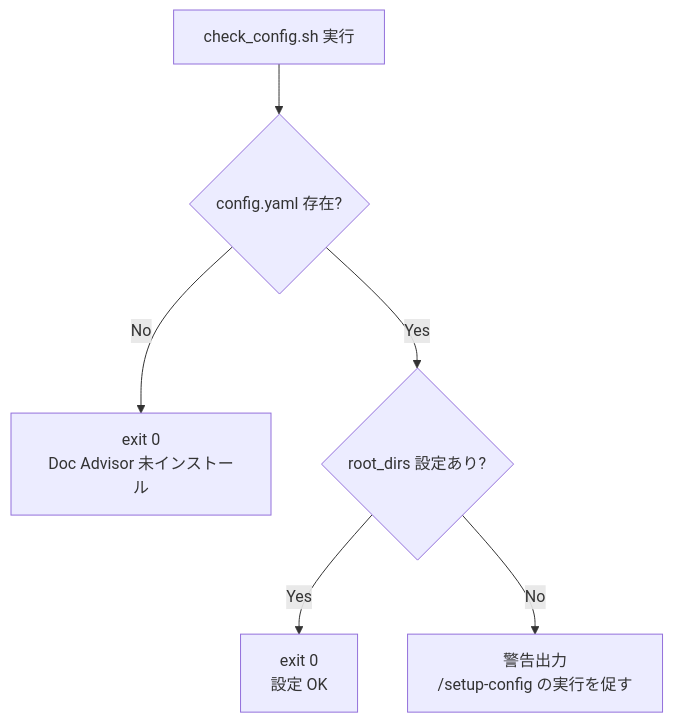
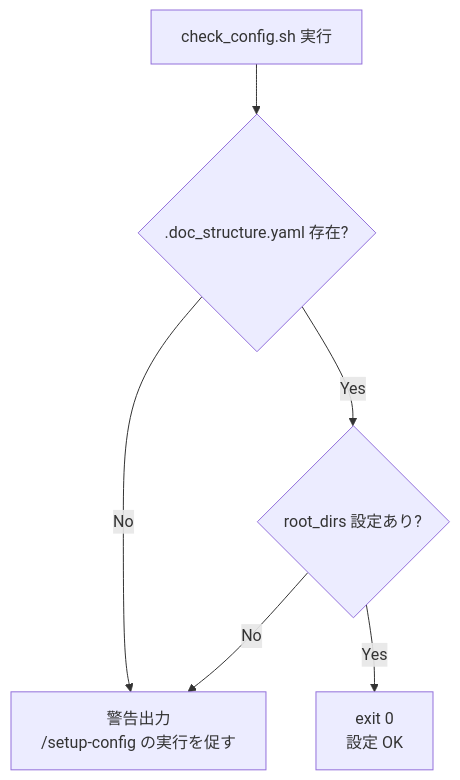
Before and after one commit to BlueEventHorizon/DocAdvisor-CC: the fifth of 10 diagrams in specs/design/DES-005_toc_generation_flow.md, drawn with Mermaid. The commit also changed other lines of this file and 24 other files, not shown here.

First line of the commit message:
refactor: abolish config.yaml, use .doc_structure.yaml + code defaults

````diff
--- a/specs/design/DES-005_toc_generation_flow.md
+++ b/specs/design/DES-005_toc_generation_flow.md
@@ -137,8 +134,8 @@
 ```mermaid
 flowchart TD
-    A[check_config.sh 実行] --> B{config.yaml 存在?}
-    B -->|No| C[exit 0<br>Doc Advisor 未インストール]
+    A[check_config.sh 実行] --> B{".doc_structure.yaml 存在?"}
+    B -->|No| C[警告出力<br>/setup-config の実行を促す]
     B -->|Yes| D{root_dirs 設定あり?}
     D -->|Yes| E[exit 0<br>設定 OK]
-    D -->|No| F[警告出力<br>/setup-config の実行を促す]
+    D -->|No| C
 ```
````
